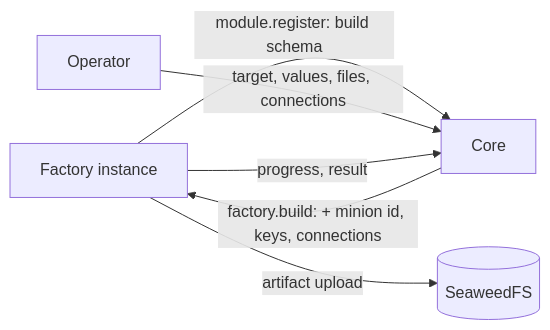
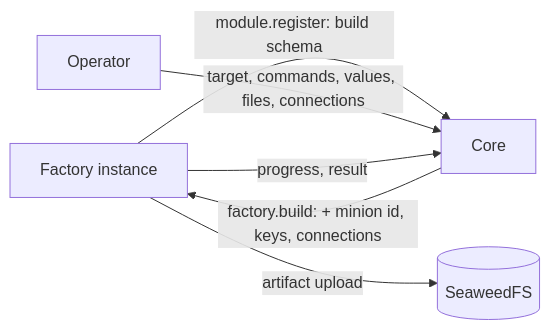
The first of 2 diagrams in src/content/docs/contracts/minion-build.md (LogosCore/logos-docs), drawn with Mermaid before and after one commit. The commit also changed other lines of this file and 1 other file, not shown here.

First line of the commit message:
Minion build: commands declared by the factory, picked per build

````diff
--- a/src/content/docs/contracts/minion-build.md
+++ b/src/content/docs/contracts/minion-build.md
@@ -18,8 +18,8 @@
 ```mermaid
 flowchart LR
     F[Factory instance] -- "module.register: build schema" --> CORE[Core]
-    OP[Operator] -- "target, values, files, connections" --> CORE
+    OP[Operator] -- "target, commands, values, files, connections" --> CORE
     CORE -- "factory.build: + minion id, keys, connections" --> F
     F -- "progress, result" --> CORE
     F -- "artifact upload" --> S3[(SeaweedFS)]
 ```
````
